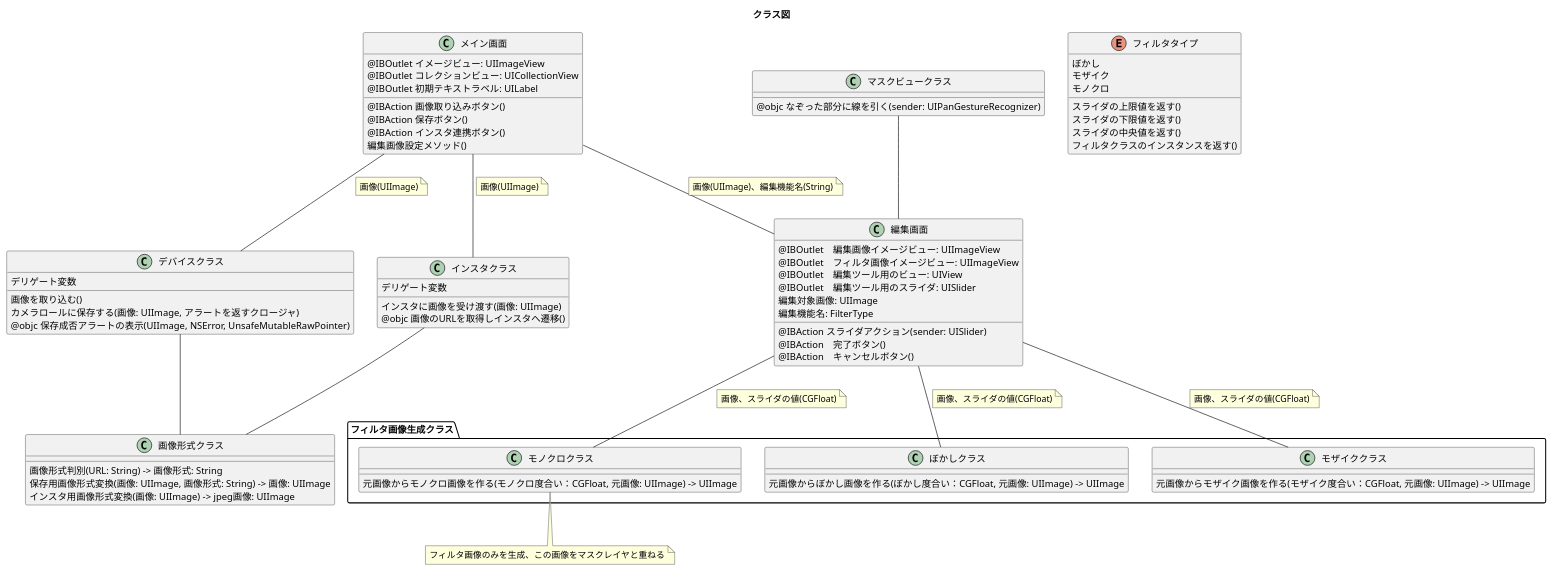
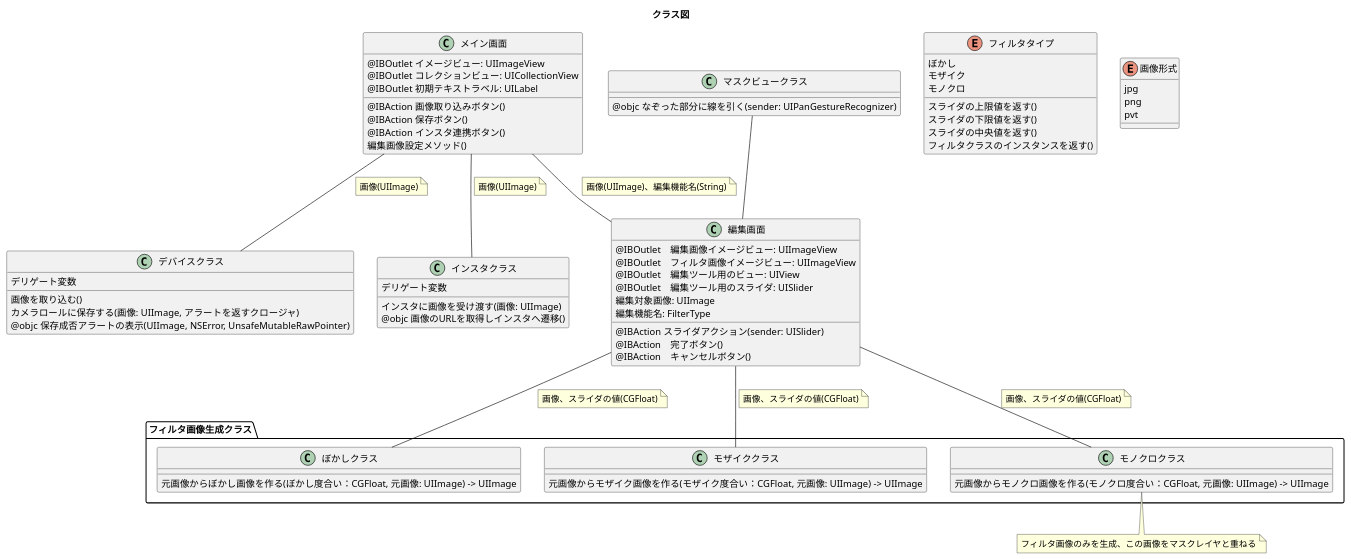
The diagram in InstaExt/docs/クラス図.plantuml (saganoH/InstaExt), drawn with PlantUML before and after one commit. The commit also changed 1 other file, not shown here.

```diff
--- a/InstaExt/docs/クラス図.plantuml
+++ b/InstaExt/docs/クラス図.plantuml
@@ -1,111 +1,108 @@
 @startuml
 title "クラス図"
 
 class  メイン画面{
   @IBOutlet イメージビュー: UIImageView
   @IBOutlet コレクションビュー: UICollectionView
   @IBOutlet 初期テキストラベル: UILabel
   @IBAction 画像取り込みボタン()
   @IBAction 保存ボタン()
   @IBAction インスタ連携ボタン()
   編集画像設定メソッド()
 }
 
 class  編集画面{
   @IBOutlet　編集画像イメージビュー: UIImageView
   @IBOutlet　フィルタ画像イメージビュー: UIImageView
   @IBOutlet　編集ツール用のビュー: UIView
   @IBOutlet　編集ツール用のスライダ: UISlider
   編集対象画像: UIImage
   編集機能名: FilterType
   @IBAction スライダアクション(sender: UISlider)
   @IBAction　完了ボタン()
   @IBAction　キャンセルボタン()
 }
 
 class マスクビュークラス{
   @objc なぞった部分に線を引く(sender: UIPanGestureRecognizer)
 }
 
 class デバイスクラス{
   デリゲート変数
   画像を取り込む()
   カメラロールに保存する(画像: UIImage, アラートを返すクロージャ)
   @objc 保存成否アラートの表示(UIImage, NSError, UnsafeMutableRawPointer)
 }
 
 class インスタクラス{
   デリゲート変数
   インスタに画像を受け渡す(画像: UIImage)
   @objc 画像のURLを取得しインスタへ遷移()
 }
 
-class 画像形式クラス{
-  画像形式判別(URL: String) -> 画像形式: String
-  保存用画像形式変換(画像: UIImage, 画像形式: String) -> 画像: UIImage
-  インスタ用画像形式変換(画像: UIImage) -> jpeg画像: UIImage
-}
-
 enum フィルタタイプ {
   ぼかし
   モザイク
   モノクロ
   スライダの上限値を返す()
   スライダの下限値を返す()
   スライダの中央値を返す()
   フィルタクラスのインスタンスを返す()
+}
+
+enum 画像形式 {
+  jpg
+  png
+  pvt
 }
 
 package フィルタ画像生成クラス {
 class ぼかしクラス{
   元画像からぼかし画像を作る(ぼかし度合い：CGFloat, 元画像: UIImage) -> UIImage
 }
 
 class モザイククラス{
   元画像からモザイク画像を作る(モザイク度合い：CGFloat, 元画像: UIImage) -> UIImage
 }
 
 class モノクロクラス{
   元画像からモノクロ画像を作る(モノクロ度合い：CGFloat, 元画像: UIImage) -> UIImage
 }
 }
 note bottom
   フィルタ画像のみを生成、この画像をマスクレイヤと重ねる
 end note
 
 メイン画面--編集画面
 note left on link
   画像(UIImage)、編集機能名(String)
 end note
 
 メイン画面--デバイスクラス
 note left on link
   画像(UIImage)
 end note
 
 メイン画面--インスタクラス
 note left on link
   画像(UIImage)
 end note
 
-デバイスクラス--画像形式クラス
-インスタクラス--画像形式クラス
-
 マスクビュークラス--編集画面
 
 編集画面--ぼかしクラス
 note left on link
   画像、スライダの値(CGFloat)
 end note
 
 編集画面--モザイククラス
 note left on link
   画像、スライダの値(CGFloat)
 end note
 
 編集画面--モノクロクラス
 note left on link
   画像、スライダの値(CGFloat)
 end note
 
 @enduml
```
